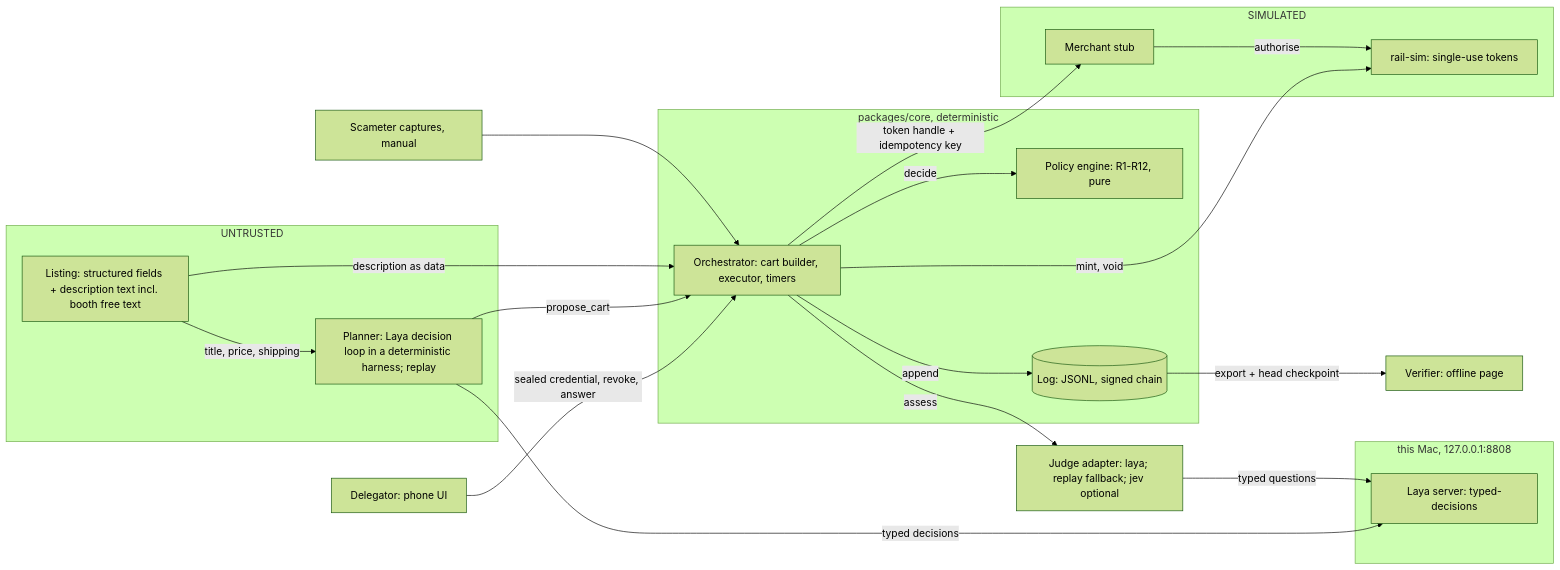
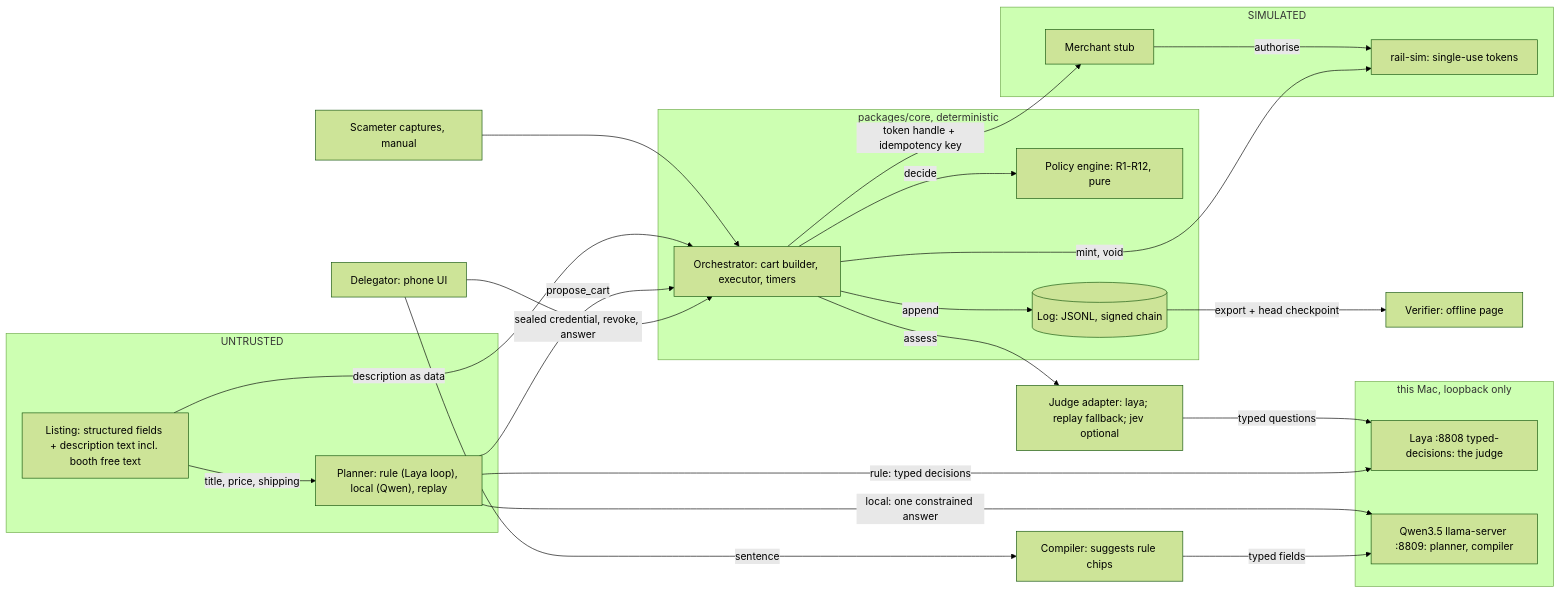
The first of 10 diagrams in docs/02-architecture.md (Leocthl/wally), drawn with Mermaid (forest theme) before and after one commit. The commit also changed other lines of this file, not shown here.

Commit message:
docs: architecture in line with the orchestrator, executor, verifier step 9, two local models and on-device mode

````diff
--- a/docs/02-architecture.md
+++ b/docs/02-architecture.md
@@ -7,33 +7,37 @@
 ```mermaid
 flowchart LR
   subgraph UNTRUSTED
-    LS[Listing: structured fields + description text incl. booth free text]
-    P[Planner: Laya decision loop in a deterministic harness; replay]
+    LS["Listing: structured fields + description text incl. booth free text"]
+    P["Planner: rule (Laya loop), local (Qwen), replay"]
   end
-  subgraph LOCAL[this Mac, 127.0.0.1:8808]
-    LY[Laya server: typed-decisions]
+  subgraph LOCAL["this Mac, loopback only"]
+    LY["Laya :8808 typed-decisions: the judge"]
+    QW["Qwen3.5 llama-server :8809: planner, compiler"]
   end
-  subgraph CORE[packages/core, deterministic]
-    O[Orchestrator: cart builder, executor, timers]
-    E[Policy engine: R1-R12, pure]
-    LG[(Log: JSONL, signed chain)]
+  subgraph CORE["packages/core, deterministic"]
+    O["Orchestrator: cart builder, executor, timers"]
+    E["Policy engine: R1-R12, pure"]
+    LG[("Log: JSONL, signed chain")]
   end
-  subgraph SIM[SIMULATED]
-    R[rail-sim: single-use tokens]
-    M[Merchant stub]
+  subgraph SIM["SIMULATED"]
+    R["rail-sim: single-use tokens"]
+    M["Merchant stub"]
   end
-  D[Delegator: phone UI] -- sealed credential, revoke, answer --> O
-  LS -- title, price, shipping --> P
-  P -- typed decisions --> LY
+  D["Delegator: phone UI"] -- "sealed credential, revoke, answer" --> O
+  D -- sentence --> CP["Compiler: suggests rule chips"]
+  CP -- typed fields --> QW
+  LS -- "title, price, shipping" --> P
+  P -- "rule: typed decisions" --> LY
+  P -- "local: one constrained answer" --> QW
   P -- propose_cart --> O
-  LS -- description as data --> O
-  O -- assess --> J[Judge adapter: laya; replay fallback; jev optional]
-  J -- typed questions --> LY
+  LS -- "description as data" --> O
+  O -- assess --> J["Judge adapter: laya; replay fallback; jev optional"]
+  J -- "typed questions" --> LY
   O -- decide --> E
   O -- append --> LG
-  O -- mint, void --> R
-  O -- token handle + idempotency key --> M
+  O -- "mint, void" --> R
+  O -- "token handle + idempotency key" --> M
   M -- authorise --> R
-  SC[Scameter captures, manual] --> O
-  LG -- export + head checkpoint --> V[Verifier: offline page]
+  SC["Scameter captures, manual"] --> O
+  LG -- "export + head checkpoint" --> V["Verifier: offline page"]
 ```
````
